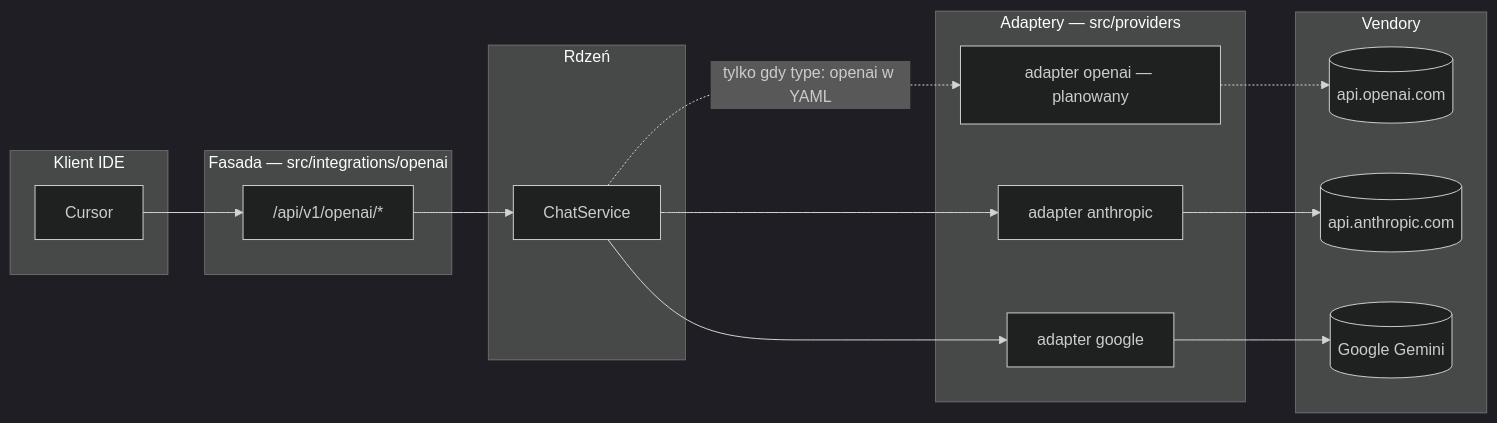
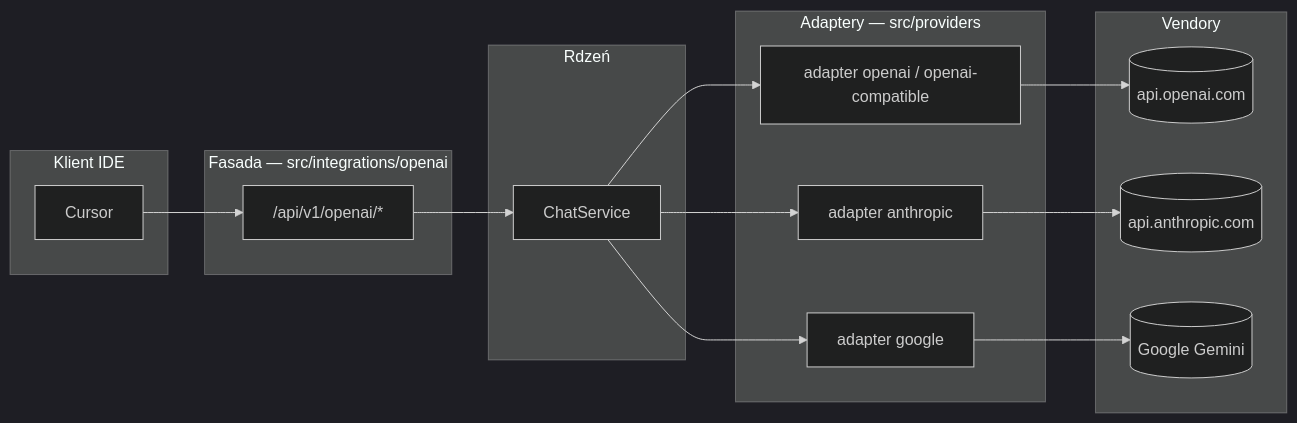
The first of 2 diagrams in docs/integracje.md (matej2314/ai-provider-gateway), drawn with Mermaid (dark theme) before and after one commit. The commit also changed other lines of this file and 104 other files, not shown here.

Commit message:
Implement openai and openai-compatible providers. Implement unit, e2e and integration tests of new provider logic. Refactor CLI.

````diff
--- a/docs/integracje.md
+++ b/docs/integracje.md
@@ -18,27 +18,27 @@
 ```mermaid
 flowchart LR
   subgraph client [Klient IDE]
     Cursor[Cursor]
   end
   subgraph facade [Fasada — src/integrations/openai]
     Routes["/api/v1/openai/*"]
   end
   subgraph core [Rdzeń]
     Chat[ChatService]
   end
   subgraph runtime [Adaptery — src/providers]
     Anthropic[adapter anthropic]
     Google[adapter google]
-    OpenAIAdapter["adapter openai — planowany"]
+    OpenAIAdapter["adapter openai / openai-compatible"]
   end
   subgraph vendors [Vendory]
     OAI[(api.openai.com)]
     Ant[(api.anthropic.com)]
     Gem[(Google Gemini)]
   end
 
   Cursor --> Routes --> Chat
   Chat --> Anthropic --> Ant
   Chat --> Google --> Gem
-  Chat -.->|tylko gdy type: openai w YAML| OpenAIAdapter -.-> OAI
+  Chat --> OpenAIAdapter --> OAI
 ```
````
